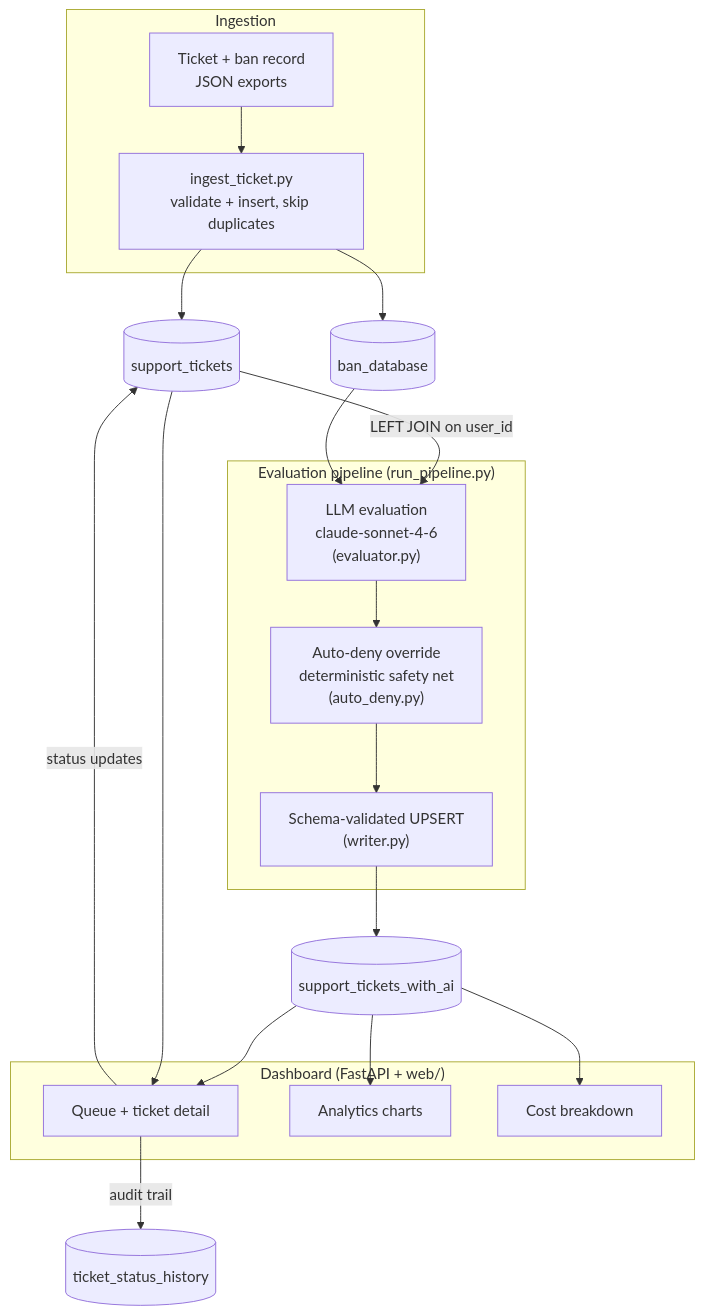
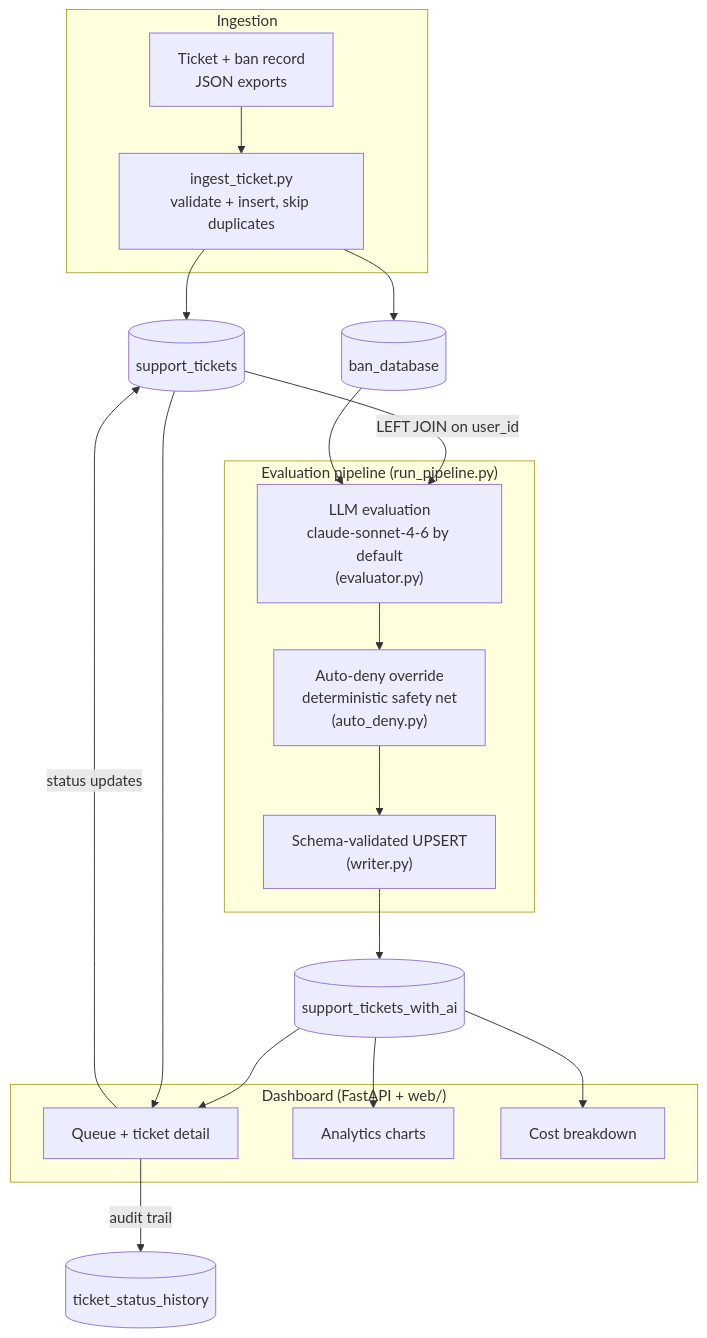
Before and after one commit to SerMike/Ticket-Tech-Titan: the diagram in README.md, drawn with Mermaid. The commit also changed other lines of this file and 1 other file, not shown here.

````diff
--- a/README.md
+++ b/README.md
@@ -19,26 +19,26 @@
 ```mermaid
 flowchart TD
     subgraph ING["Ingestion"]
         J["Ticket + ban record<br/>JSON exports"] --> I["ingest_ticket.py<br/>validate + insert, skip duplicates"]
     end
     I --> ST[("support_tickets")]
     I --> BD[("ban_database")]
     subgraph PIPE["Evaluation pipeline (run_pipeline.py)"]
-        EV["LLM evaluation<br/>claude-sonnet-4-6<br/>(evaluator.py)"] --> AD["Auto-deny override<br/>deterministic safety net<br/>(auto_deny.py)"]
+        EV["LLM evaluation<br/>claude-sonnet-4-6 by default<br/>(evaluator.py)"] --> AD["Auto-deny override<br/>deterministic safety net<br/>(auto_deny.py)"]
         AD --> WR["Schema-validated UPSERT<br/>(writer.py)"]
     end
     ST -->|"LEFT JOIN on user_id"| EV
     BD --> EV
     WR --> AI[("support_tickets_with_ai")]
     subgraph DASH["Dashboard (FastAPI + web/)"]
         Q["Queue + ticket detail"]
         AN["Analytics charts"]
         CO["Cost breakdown"]
     end
     AI --> Q
     AI --> AN
     AI --> CO
     ST --> Q
     Q -->|"status updates"| ST
     Q -->|"audit trail"| TH[("ticket_status_history")]
 ```
````
